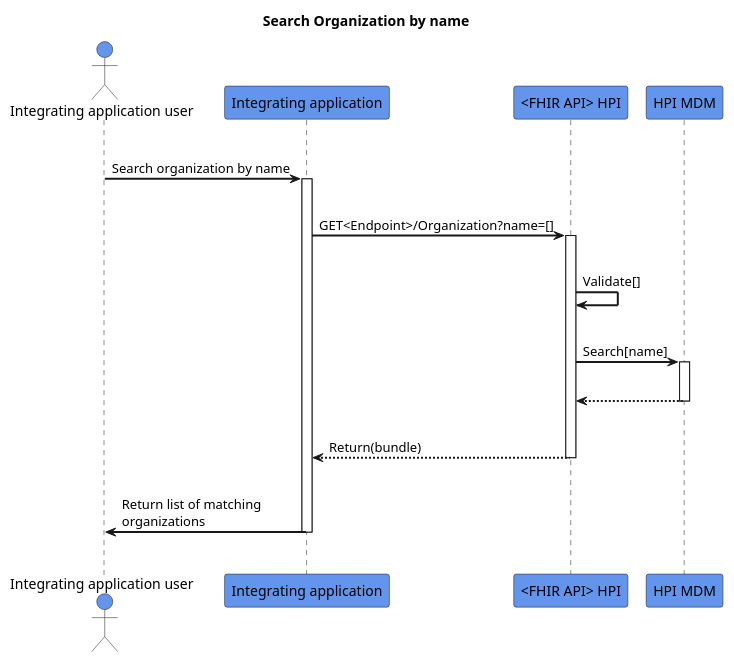
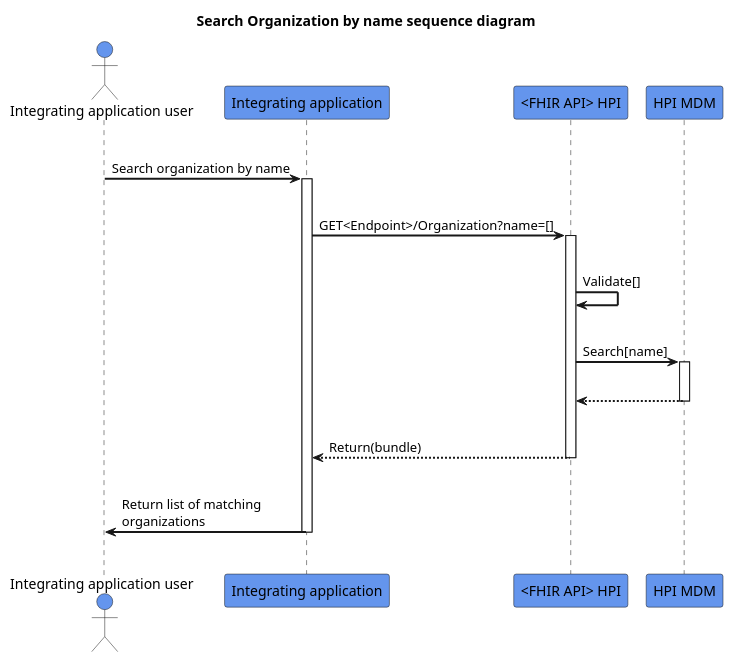
The diagram in input/images-source/search-organizationwithname.plantuml (HL7NZ/hpi), drawn with PlantUML before and after one commit.

```diff
--- a/input/images-source/search-organizationwithname.plantuml
+++ b/input/images-source/search-organizationwithname.plantuml
@@ -1,32 +1,32 @@
 @startuml
 skinparam sequenceArrowThickness 2
 skinparam roundcorner 5
 skinparam maxmessagesize 180
 skinparam sequenceParticipant bold
-title Search Organization by name
+title Search Organization by name sequence diagram
 actor "Integrating application user" as User #CornflowerBlue
 participant "Integrating application" as A #CornflowerBlue
 participant "<FHIR API> HPI" as B #CornflowerBlue
 participant "HPI MDM" as C #CornflowerBlue
 |||
 User -> A: Search organization by name
 activate A
 |||
 A -> B: GET<Endpoint>/Organization?name=[]
 activate B
 |||
 B -> B: Validate[]
 |||
 B -> C: Search[name]
 activate C
 |||
 C -[dashed]-> B:  
 deactivate C
 |||
 B -[dashed]-> A:Return(bundle)
 deactivate B
 |||
 A -> User: Return list of matching organizations
 deactivate A
 |||
 @enduml
```
